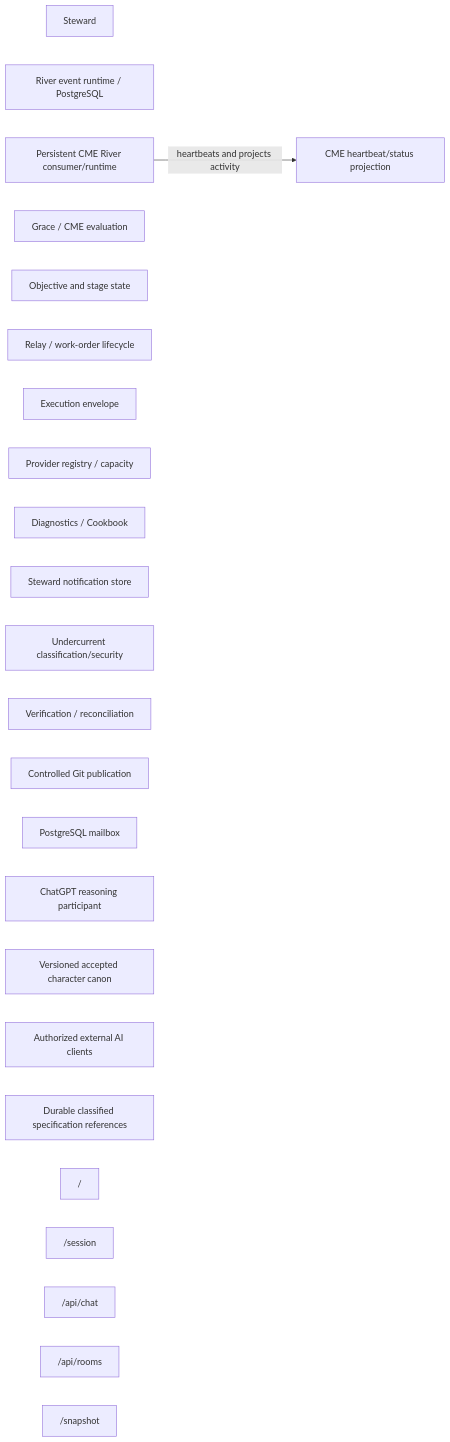
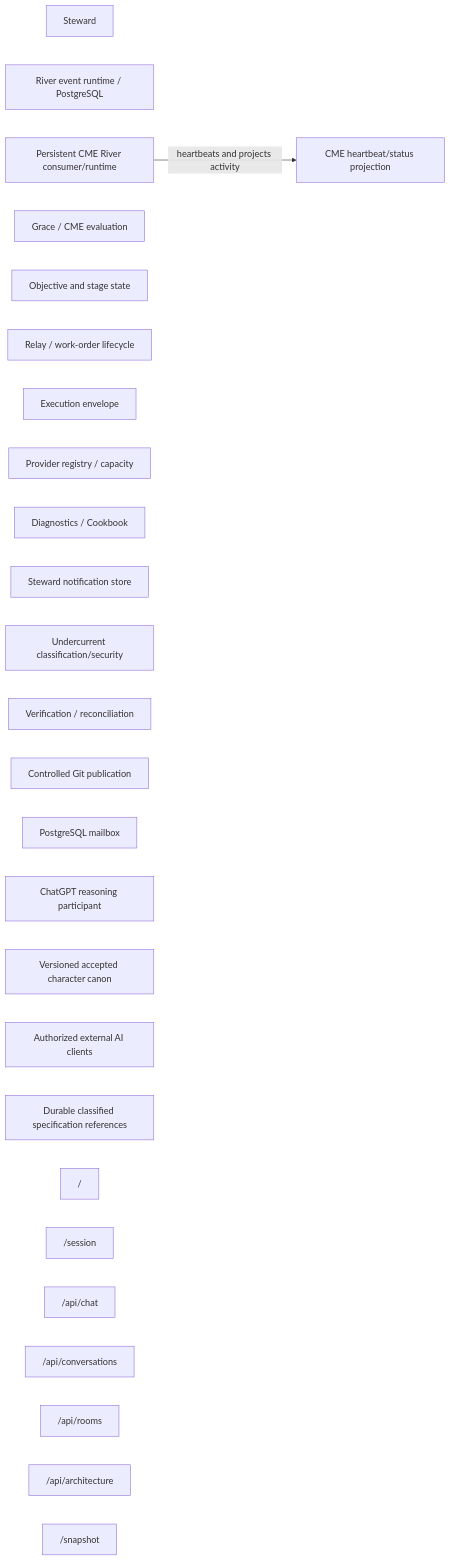
One commit to ppow1/Riverview changed the diagram in docs/architecture/graph_views/11_service_runtime.mmd. Above: the diagram before and after it, drawn with Mermaid. The commit also changed 13 other files, not shown here.

```diff
--- a/docs/architecture/graph_views/11_service_runtime.mmd
+++ b/docs/architecture/graph_views/11_service_runtime.mmd
@@ -1,26 +1,28 @@
 flowchart LR
     steward["Steward"]
     river["River event runtime / PostgreSQL"]
     cme_runtime["Persistent CME River consumer/runtime"]
     cme_status_projection["CME heartbeat/status projection"]
     grace["Grace / CME evaluation"]
     objective_state["Objective and stage state"]
     relay["Relay / work-order lifecycle"]
     execution_envelope["Execution envelope"]
     providers["Provider registry / capacity"]
     diagnostics["Diagnostics / Cookbook"]
     notifications["Steward notification store"]
     undercurrent["Undercurrent classification/security"]
     verification["Verification / reconciliation"]
     publication["Controlled Git publication"]
     mailbox["PostgreSQL mailbox"]
     chatgpt["ChatGPT reasoning participant"]
     character_canon["Versioned accepted character canon"]
     external_ai_clients["Authorized external AI clients"]
     specification_store["Durable classified specification references"]
     route__["/"]
     route__session["/session"]
     route__api_chat["/api/chat"]
+    route__api_conversations["/api/conversations"]
     route__api_rooms["/api/rooms"]
+    route__api_architecture["/api/architecture"]
     route__snapshot["/snapshot"]
     cme_runtime -->|heartbeats and projects activity| cme_status_projection
```
